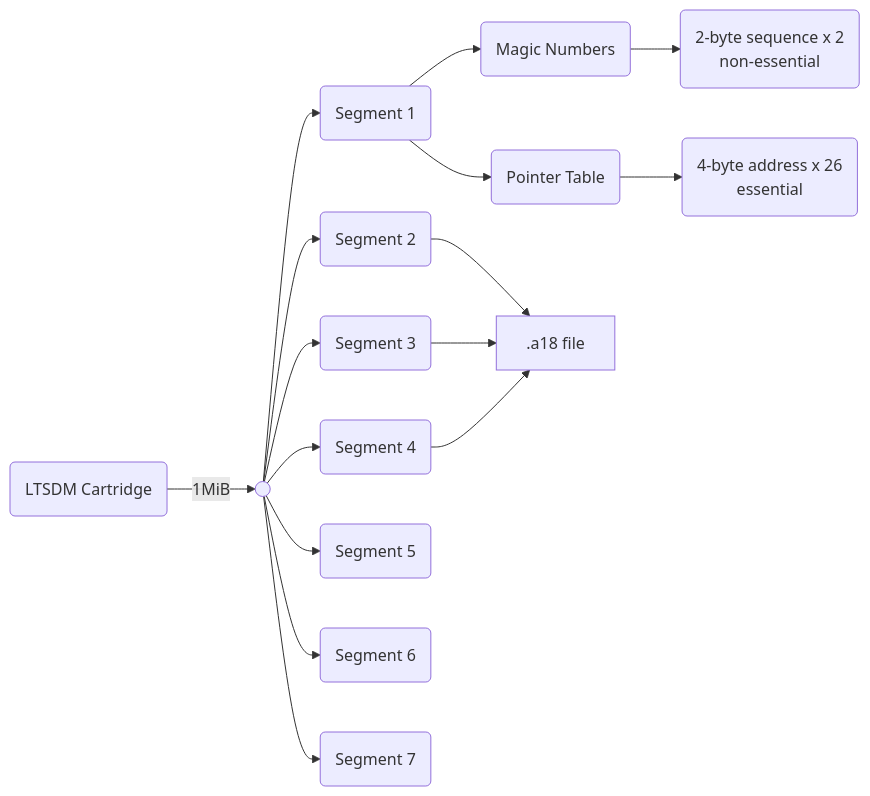
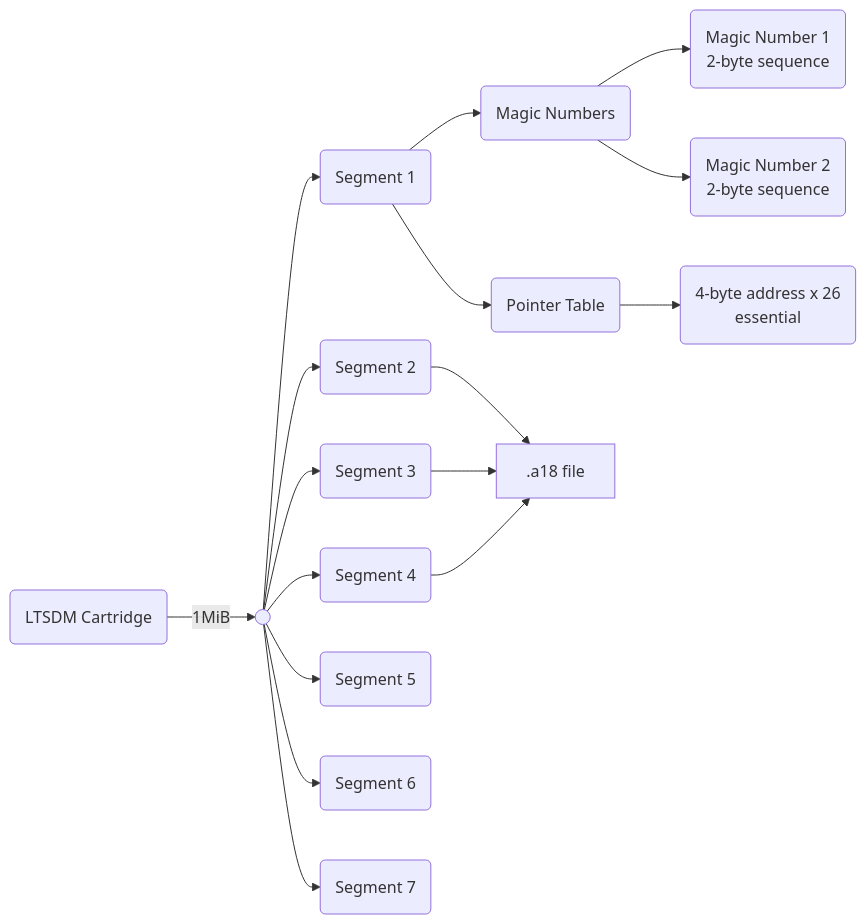
One commit to mtkimmins/LTSDM_hack changed the diagram in docs.md. Above: the diagram before and after it, drawn with Mermaid.

````diff
--- a/docs.md
+++ b/docs.md
@@ -7,16 +7,17 @@
 ```mermaid
 graph LR
 	i1(LTSDM Cartridge)-->|1MiB| A(( ))
 	A-->B(Segment 1)
 	A-->C(Segment 2)
 	A-->D(Segment 3)
 	A-->E(Segment 4)
 	A-->F(Segment 5)
 	A-->G(Segment 6)
 	A-->H(Segment 7)
 	B-->BA(Magic Numbers)
 	B-->BB(Pointer Table)
-	BA-->BAA(2-byte sequence x 2 <br> non-essential)
+	BA-->BAA(Magic Number 1<br>2-byte sequence)
+	BA-->BAB(Magic Number 2<br>2-byte sequence)
 	BB-->BBA(4-byte address x 26 <br> essential)
 	C & D & E --> R0[.a18 file]
 ```
````
